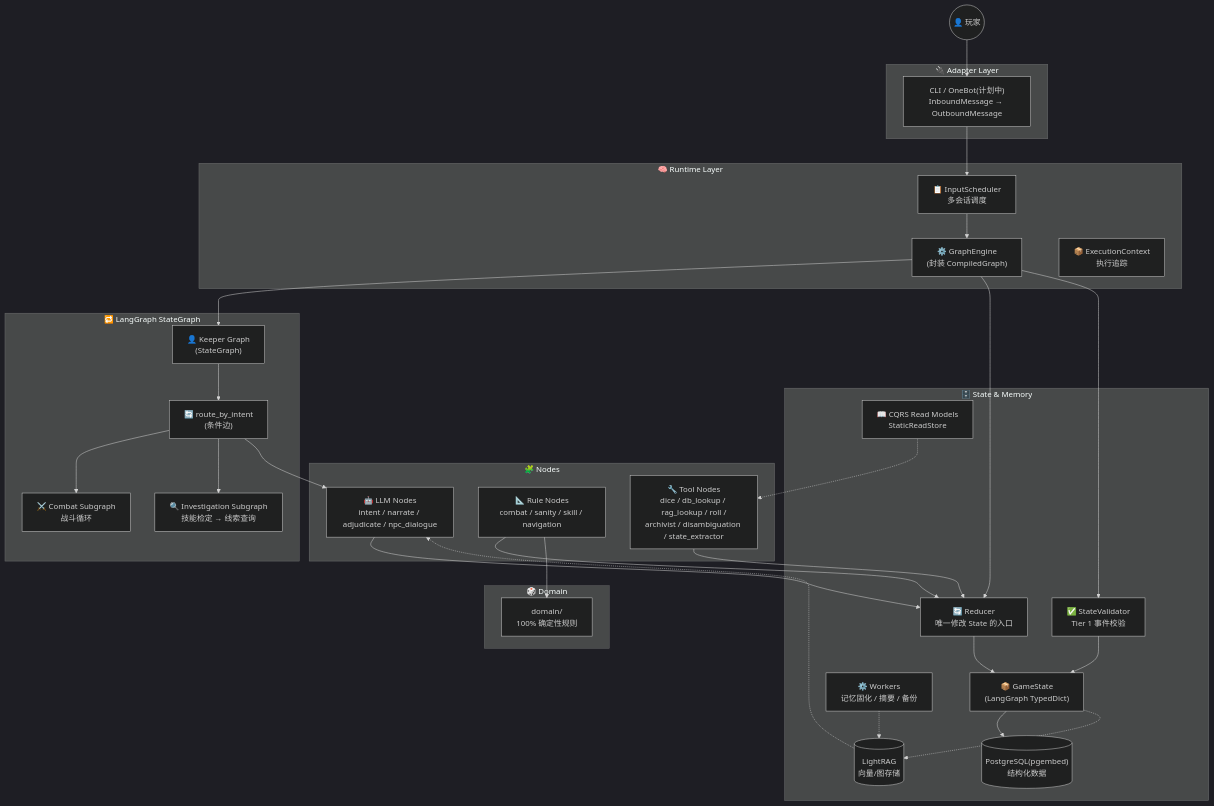
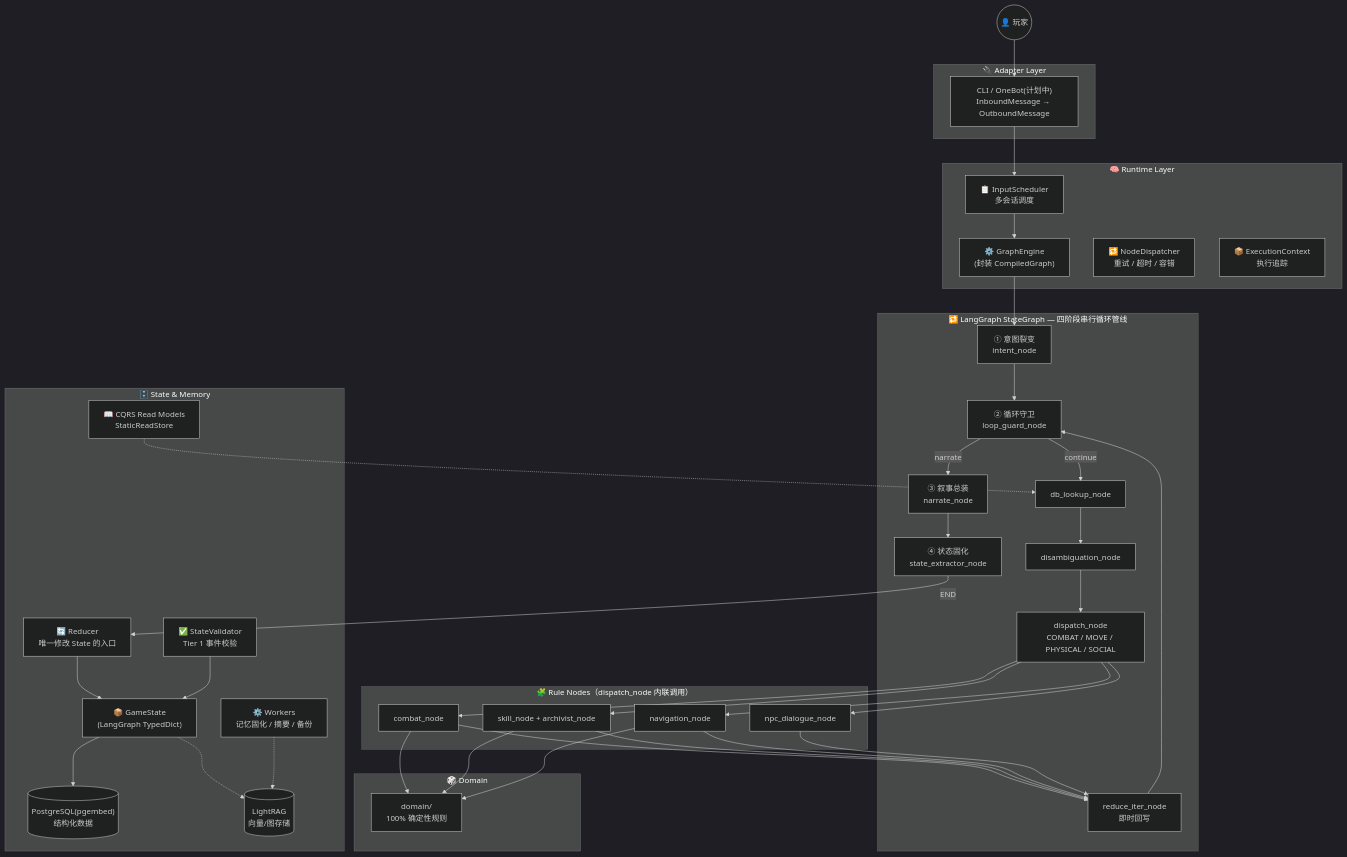
The first of 2 diagrams in README.md (pineoncellar/glyphkeeper), drawn with Mermaid (dark theme) before and after one commit. The commit also changed other lines of this file and 7 other files, not shown here.

````diff
--- a/README.md
+++ b/README.md
@@ -29,66 +29,81 @@
 ```mermaid
 graph TB
     Player((👤 玩家))
 
     subgraph "🔌 Adapter Layer"
         Adapter["CLI / OneBot(计划中)<br/>InboundMessage → OutboundMessage"]
     end
 
     subgraph "🧠 Runtime Layer"
         Engine["⚙️ GraphEngine<br/>(封装 CompiledGraph)"]
         Scheduler["📋 InputScheduler<br/>多会话调度"]
+        Dispatcher["🔁 NodeDispatcher<br/>重试 / 超时 / 容错"]
         Ctx["📦 ExecutionContext<br/>执行追踪"]
     end
 
-    subgraph "🔁 LangGraph StateGraph"
-        Keeper["👤 Keeper Graph<br/>(StateGraph<GameState>)"]
-        Router["🔄 route_by_intent<br/>(条件边)"]
-        Combat["⚔️ Combat Subgraph<br/>战斗循环"]
-        Investigate["🔍 Investigation Subgraph<br/>技能检定 → 线索查询"]
+    subgraph "🔁 LangGraph StateGraph — 四阶段串行循环管线"
+        Intent["① 意图裂变<br/>intent_node"]
+        LoopGuard["② 循环守卫<br/>loop_guard_node"]
+        DB["db_lookup_node"]
+        Disambig["disambiguation_node"]
+        Dispatch["dispatch_node<br/>COMBAT / MOVE / PHYSICAL / SOCIAL"]
+        ReduceIter["reduce_iter_node<br/>即时回写"]
+        Narrate["③ 叙事总装<br/>narrate_node"]
+        StateExt["④ 状态固化<br/>state_extractor_node"]
     end
 
-    subgraph "🧩 Nodes"
-        LLMN["🤖 LLM Nodes<br/>intent / narrate / adjudicate / npc_dialogue"]
-        RuleN["📐 Rule Nodes<br/>combat / sanity / skill / navigation"]
-        ToolN["🔧 Tool Nodes<br/>dice / db_lookup / rag_lookup / roll /<br/>archivist / disambiguation / state_extractor"]
+    subgraph "🧩 Rule Nodes（dispatch_node 内联调用）"
+        CombatN["combat_node"]
+        SkillN["skill_node + archivist_node"]
+        NavN["navigation_node"]
+        NPCN["npc_dialogue_node"]
     end
 
     subgraph "🗄️ State & Memory"
         State["📦 GameState<br/>(LangGraph TypedDict)"]
         Reducer["🔄 Reducer<br/>唯一修改 State 的入口"]
         Validator["✅ StateValidator<br/>Tier 1 事件校验"]
         PG[("PostgreSQL(pgembed)<br/>结构化数据")]
         RAG[("LightRAG<br/>向量/图存储")]
         Workers["⚙️ Workers<br/>记忆固化 / 摘要 / 备份"]
         CQRS["📖 CQRS Read Models<br/>StaticReadStore"]
     end
 
     subgraph "🎲 Domain"
         Domain["domain/<br/>100% 确定性规则"]
     end
 
     Player --> Adapter
     Adapter --> Scheduler
     Scheduler --> Engine
-    Engine --> Keeper
+    Engine --> Intent
 
-    Keeper --> Router
-    Router --> Combat
-    Router --> Investigate
-    Router --> LLMN
+    Intent --> LoopGuard
 
-    Engine --> Reducer
-    Engine --> Validator
-    LLMN --> Reducer
-    RuleN --> Reducer
-    ToolN --> Reducer
+    LoopGuard -->|"continue"| DB
+    DB --> Disambig
+    Disambig --> Dispatch
+    Dispatch --> CombatN
+    Dispatch --> SkillN
+    Dispatch --> NavN
+    Dispatch --> NPCN
+    CombatN --> ReduceIter
+    SkillN --> ReduceIter
+    NavN --> ReduceIter
+    NPCN --> ReduceIter
+    ReduceIter --> LoopGuard
+
+    LoopGuard -->|"narrate"| Narrate
+    Narrate --> StateExt
+    StateExt -->|END| Reducer
+
     Reducer --> State
     Validator --> State
-
     State --> PG
     State -.-> RAG
-    RAG -.-> LLMN
     Workers -.-> RAG
-    CQRS -.-> ToolN
-    RuleN --> Domain
+    CQRS -.-> DB
+    CombatN --> Domain
+    SkillN --> Domain
+    NavN --> Domain
 ```
````
